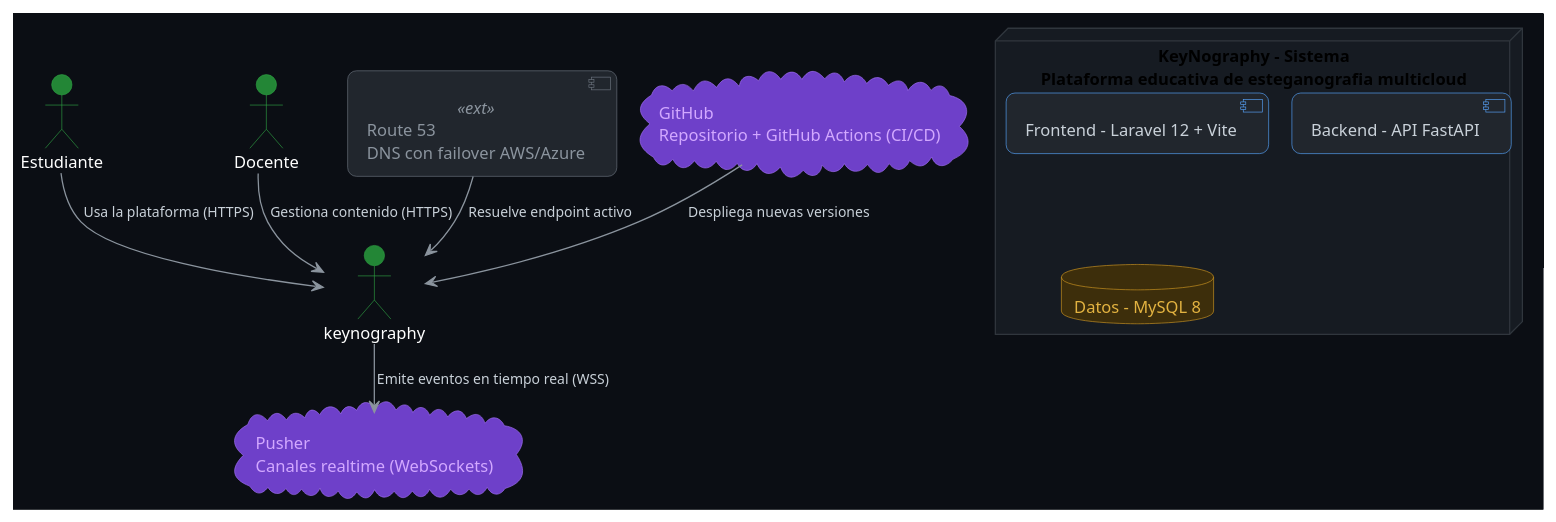
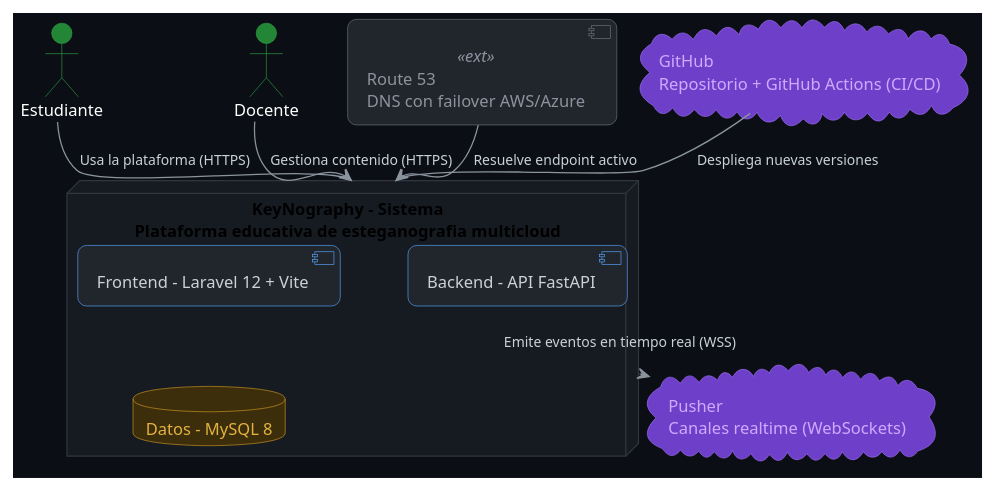
Before and after one commit to Aisaac123/KeyNography-: the second of 11 diagrams in docs/despliegue-multicloud.md, drawn with PlantUML. The commit also changed other lines of this file and 4 other files, not shown here.

````diff
--- a/docs/despliegue-multicloud.md
+++ b/docs/despliegue-multicloud.md
@@ -164,63 +167,63 @@
 ```plantuml
 @startuml KeyNography - Diagrama de Contexto (C4 Nivel 1)
 !pragma layout smetana
 skinparam backgroundColor #0B0E14
 skinparam shadowing false
 skinparam defaultFontName "Segoe UI"
 skinparam defaultFontSize 13
 skinparam roundcorner 14
 skinparam nodesep 55
 skinparam ranksep 70
 skinparam ArrowColor #8B949E
 skinparam ArrowFontColor #C9D1D9
 skinparam ArrowFontSize 11
 skinparam actor {
   BackgroundColor #238636
   BorderColor #2EA043
   FontColor #FFFFFF
 }
 skinparam node {
   BackgroundColor #161B22
   BorderColor #30363D
 }
 skinparam component {
   BackgroundColor #21262D
   BorderColor #58A6FF
   FontColor #C9D1D9
 }
 skinparam database {
   BackgroundColor #3D2E0B
   BorderColor #D29922
   FontColor #E3B341
 }
 skinparam cloud {
   BackgroundColor #6E40C9
   BorderColor #A371F7
   FontColor #D2A8FF
 }
 skinparam component<<ext>> {
   BackgroundColor #21262D
   BorderColor #6E7681
   FontColor #8B949E
 }
 
 actor "Estudiante" as student
 actor "Docente" as teacher
 
-node "KeyNography - Sistema\nPlataforma educativa de esteganografia multicloud" {
+node "KeyNography - Sistema\nPlataforma educativa de esteganografia multicloud" as keynography {
   component "Frontend - Laravel 12 + Vite" as frontend
   component "Backend - API FastAPI" as api
   database "Datos - MySQL 8" as db
 }
 
 cloud "Pusher\nCanales realtime (WebSockets)" as pusher
 component "Route 53\nDNS con failover AWS/Azure" as dns <<ext>>
 cloud "GitHub\nRepositorio + GitHub Actions (CI/CD)" as github
 
 student --> keynography : Usa la plataforma (HTTPS)
 teacher --> keynography : Gestiona contenido (HTTPS)
 keynography --> pusher : Emite eventos en tiempo real (WSS)
 dns --> keynography : Resuelve endpoint activo
 github --> keynography : Despliega nuevas versiones
 @enduml
 ```
````
